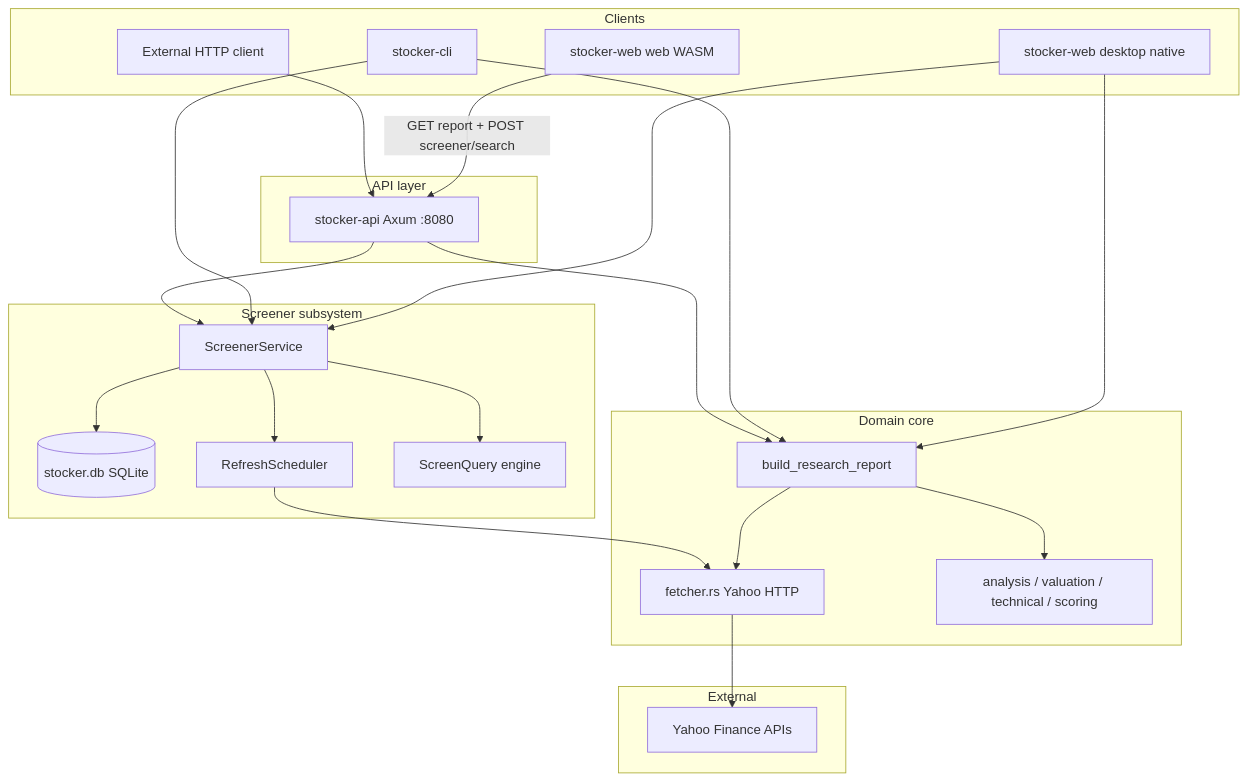
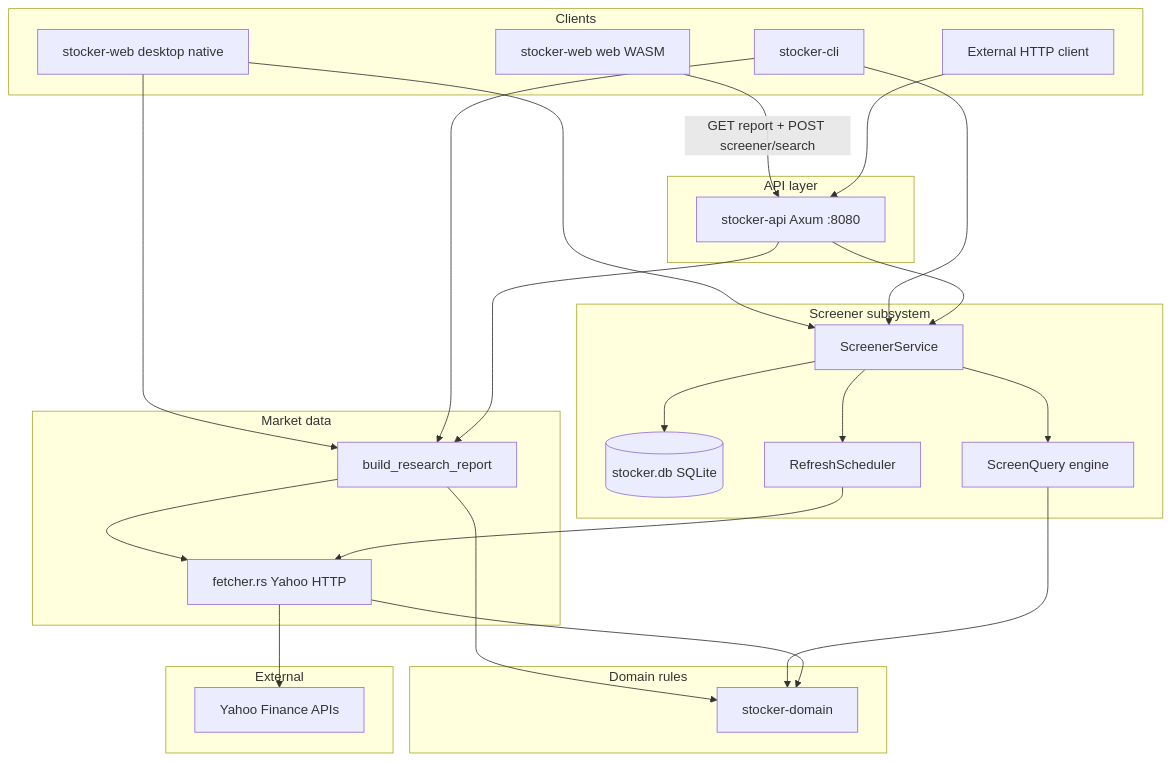
Before and after one commit to devendermishra/stocker: the first of 6 diagrams in docs/KNOWLEDGE_GRAPH.md, drawn with Mermaid. The commit also changed other lines of this file and 104 other files, not shown here.

````diff
--- a/docs/KNOWLEDGE_GRAPH.md
+++ b/docs/KNOWLEDGE_GRAPH.md
@@ -11,46 +11,51 @@
 ```mermaid
 flowchart TB
   subgraph clients [Clients]
     WebUI[stocker-web web WASM]
     DeskUI[stocker-web desktop native]
     CLI[stocker-cli]
     HTTPClient[External HTTP client]
   end
 
   subgraph api_layer [API layer]
     Axum[stocker-api Axum :8080]
   end
 
-  subgraph core [Domain core]
+  subgraph domain [Domain rules]
+    Domain[stocker-domain]
+  end
+
+  subgraph core [Market data]
     Report[build_research_report]
     Fetch[fetcher.rs Yahoo HTTP]
-    Analysis[analysis / valuation / technical / scoring]
   end
 
   subgraph screener [Screener subsystem]
     Svc[ScreenerService]
     SQLite[(stocker.db SQLite)]
     Scheduler[RefreshScheduler]
     Query[ScreenQuery engine]
   end
 
   subgraph external [External]
     Yahoo[Yahoo Finance APIs]
   end
 
   WebUI -->|GET report + POST screener/search| Axum
   HTTPClient --> Axum
   DeskUI --> Report
   DeskUI --> Svc
   CLI --> Report
   CLI --> Svc
   Axum --> Report
   Axum --> Svc
   Report --> Fetch
-  Report --> Analysis
+  Report --> Domain
   Svc --> SQLite
   Svc --> Scheduler
   Svc --> Query
   Scheduler --> Fetch
   Fetch --> Yahoo
+  Query --> Domain
+  Fetch --> Domain
 ```
````
